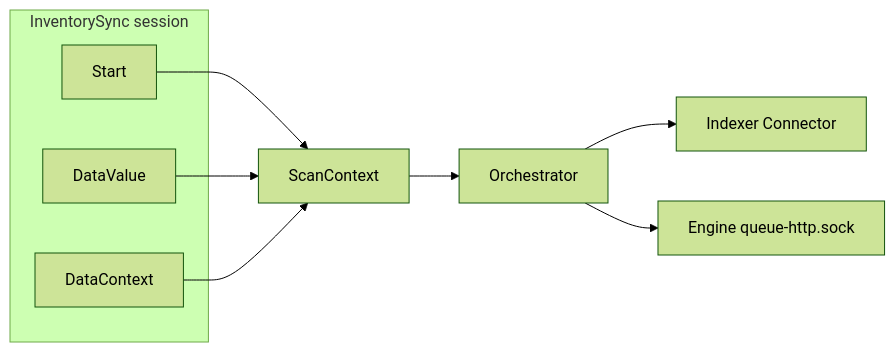
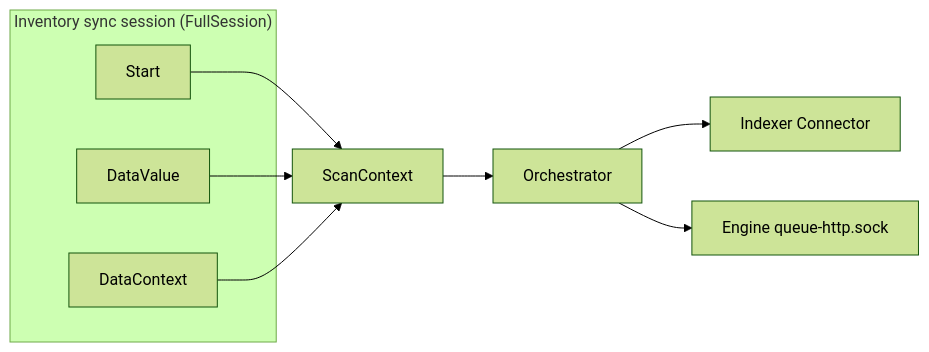
One commit to wazuh/wazuh changed the first of 2 diagrams in docs/ref/modules/vulnerability-scanner/architecture.md. Above: the diagram before and after it, drawn with Mermaid (forest theme). The commit also changed other lines of this file and 27 other files, not shown here.

Commit message:
feat: Added full documentacion and extras of invenroty sync

````diff
--- a/docs/ref/modules/vulnerability-scanner/architecture.md
+++ b/docs/ref/modules/vulnerability-scanner/architecture.md
@@ -11,14 +11,14 @@
 ```mermaid
 flowchart LR
-  subgraph InventorySyncSession["InventorySync session"]
+  subgraph InventorySyncSession["Inventory sync session (FullSession)"]
     Start[Start]
     DataValue[DataValue]
     DataContext[DataContext]
   end
   Start --> ScanContext
   DataValue --> ScanContext
   DataContext --> ScanContext
   ScanContext --> Orchestrator
   Orchestrator --> Indexer[Indexer Connector]
   Orchestrator --> Engine[Engine queue-http.sock]
 ```
````
